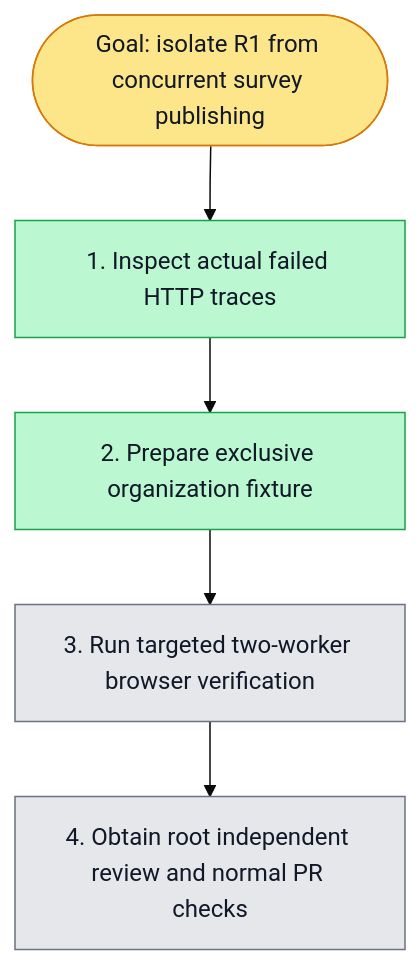
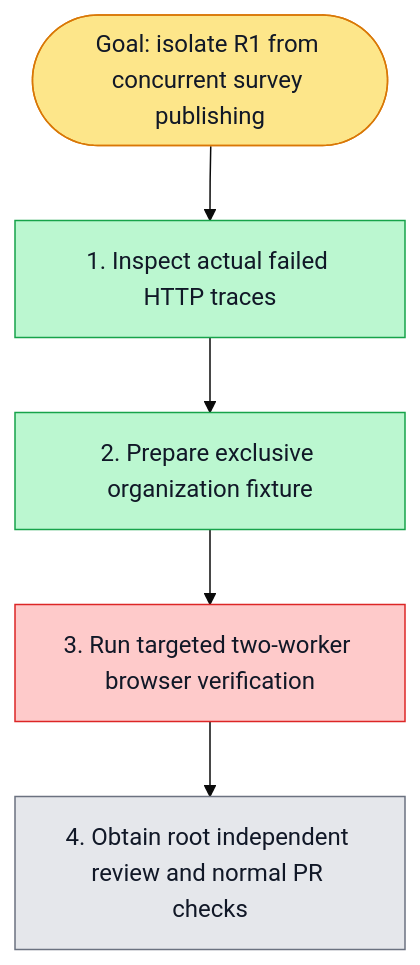
One commit to boardx/workspacex changed the diagram in evidence/issue-6118/plan.md. Above: the diagram before and after it, drawn with Mermaid (base theme). The commit also changed other lines of this file and 3 other files, not shown here.

````diff
--- a/evidence/issue-6118/plan.md
+++ b/evidence/issue-6118/plan.md
@@ -7,19 +7,19 @@
 ```mermaid
 flowchart TD
   G([Goal: isolate R1 from concurrent survey publishing])
   S1[1. Inspect actual failed HTTP traces]
   S2[2. Prepare exclusive organization fixture]
   S3[3. Run targeted two-worker browser verification]
   S4[4. Obtain root independent review and normal PR checks]
   G --> S1 --> S2 --> S3 --> S4
   classDef todo fill:#e5e7eb,stroke:#6b7280,color:#111827
   classDef doing fill:#fde68a,stroke:#d97706,color:#111827
   classDef done fill:#bbf7d0,stroke:#16a34a,color:#111827
   classDef tested fill:#ddd6fe,stroke:#7c3aed,color:#111827
   classDef blocked fill:#fecaca,stroke:#dc2626,color:#111827
   class G doing
   class S1 done
   class S2 done
-  class S3 todo
+  class S3 blocked
   class S4 todo
 ```
````
